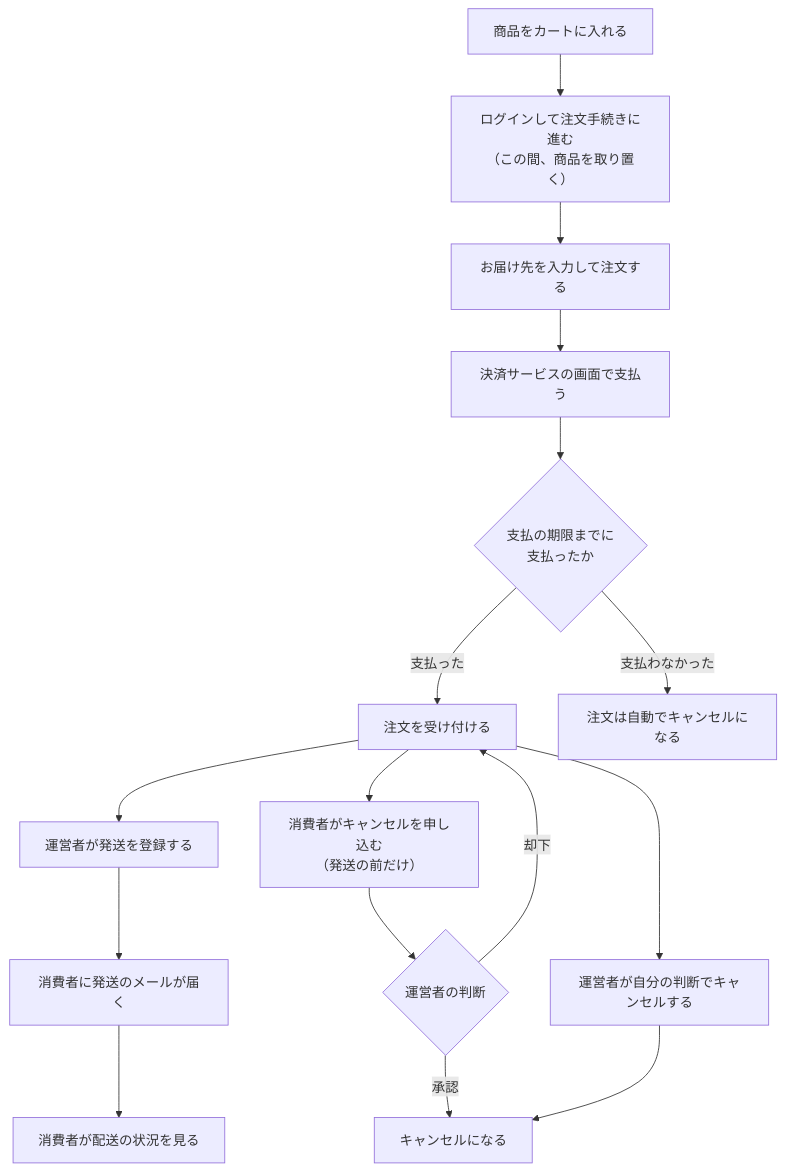
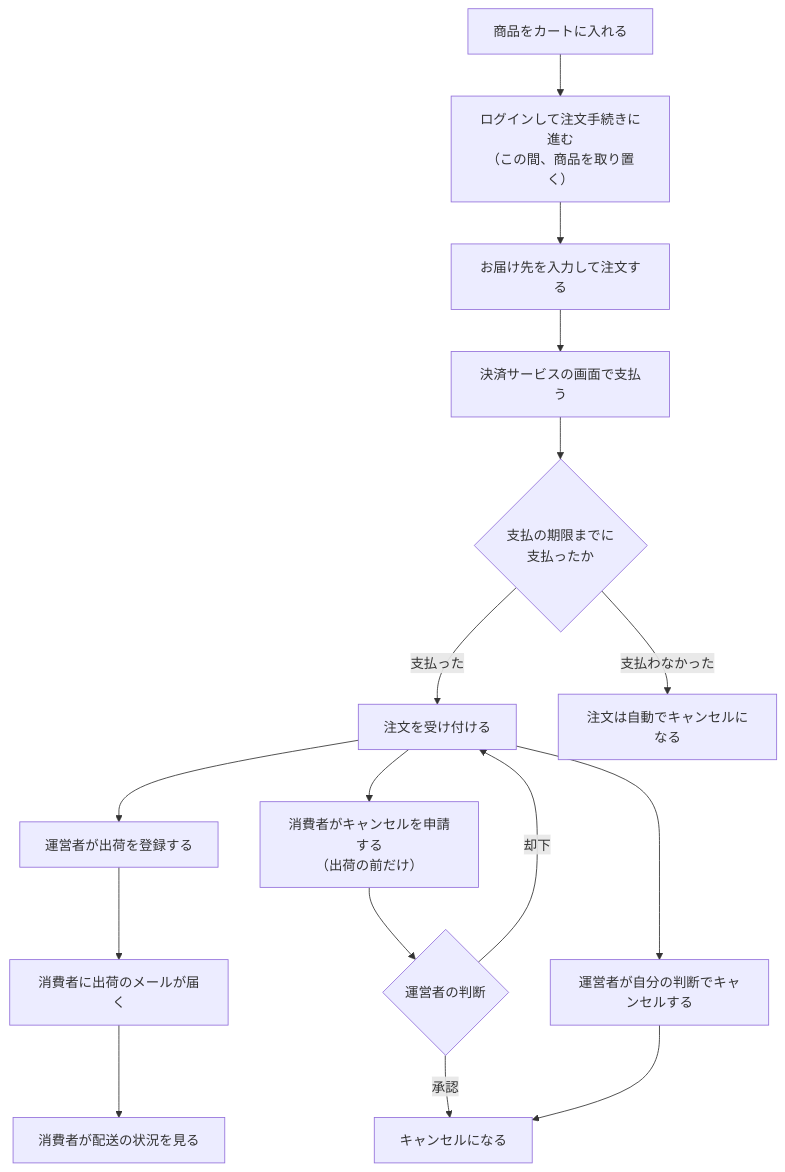
The diagram in docs/01-概要/order.md (roger88106/ec-site), drawn with Mermaid before and after one commit. The commit also changed other lines of this file and 18 other files, not shown here.

````diff
--- a/docs/01-概要/order.md
+++ b/docs/01-概要/order.md
@@ -15,18 +15,18 @@
 ```mermaid
 flowchart TD
     cart["商品をカートに入れる"] --> login["ログインして注文手続きに進む<br/>（この間、商品を取り置く）"]
     login --> address["お届け先を入力して注文する"]
     address --> pay["決済サービスの画面で支払う"]
     pay --> paid{"支払の期限までに<br/>支払ったか"}
     paid -- 支払った --> accepted["注文を受け付ける"]
     paid -- 支払わなかった --> autocancel["注文は自動でキャンセルになる"]
-    accepted --> ship["運営者が発送を登録する"]
-    ship --> mail["消費者に発送のメールが届く"]
+    accepted --> ship["運営者が出荷を登録する"]
+    ship --> mail["消費者に出荷のメールが届く"]
     mail --> track["消費者が配送の状況を見る"]
-    accepted --> req["消費者がキャンセルを申し込む<br/>（発送の前だけ）"]
+    accepted --> req["消費者がキャンセルを申請する<br/>（出荷の前だけ）"]
     req --> judge{"運営者の判断"}
     judge -- 承認 --> cancel["キャンセルになる"]
     judge -- 却下 --> accepted
     accepted --> opcancel["運営者が自分の判断でキャンセルする"]
     opcancel --> cancel
 ```
````
